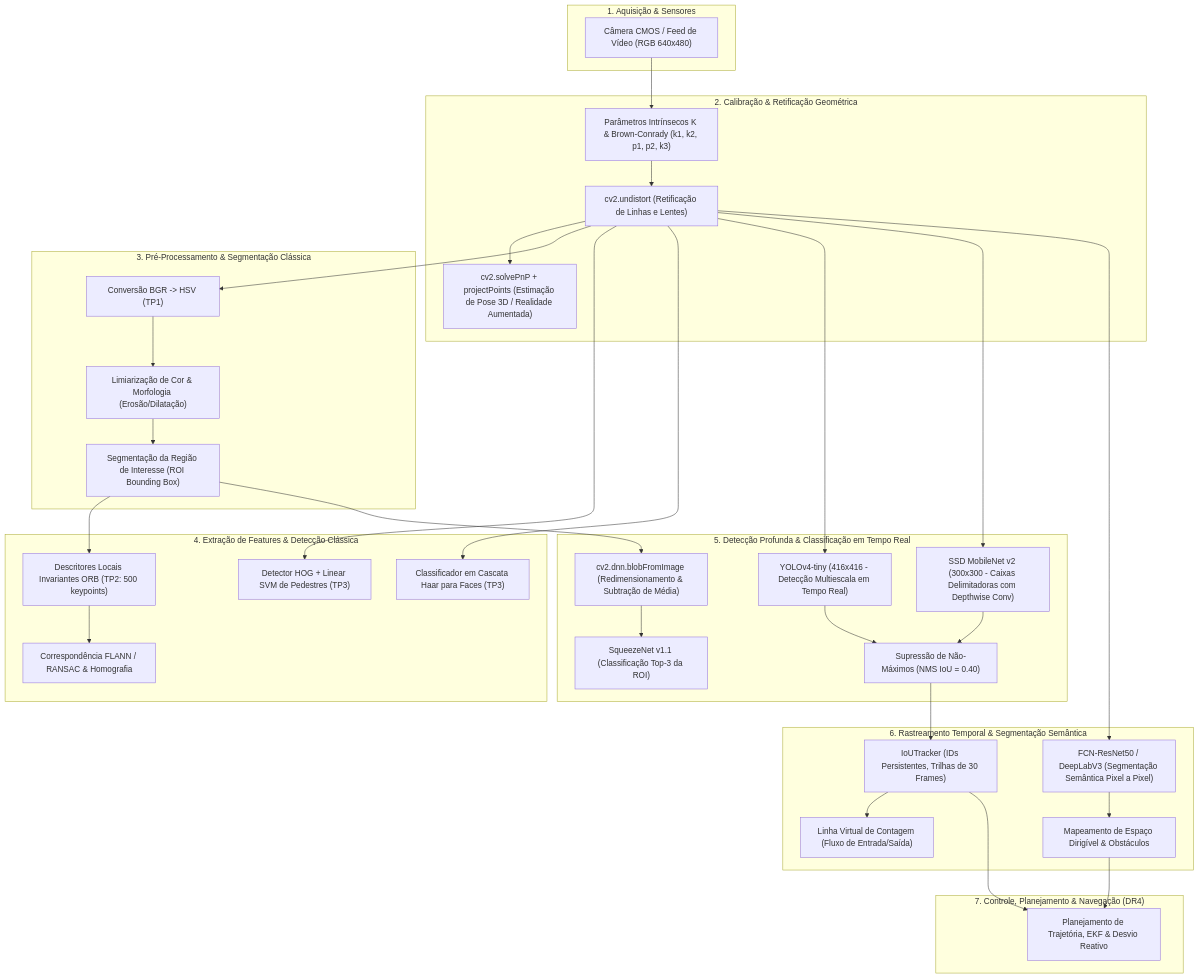
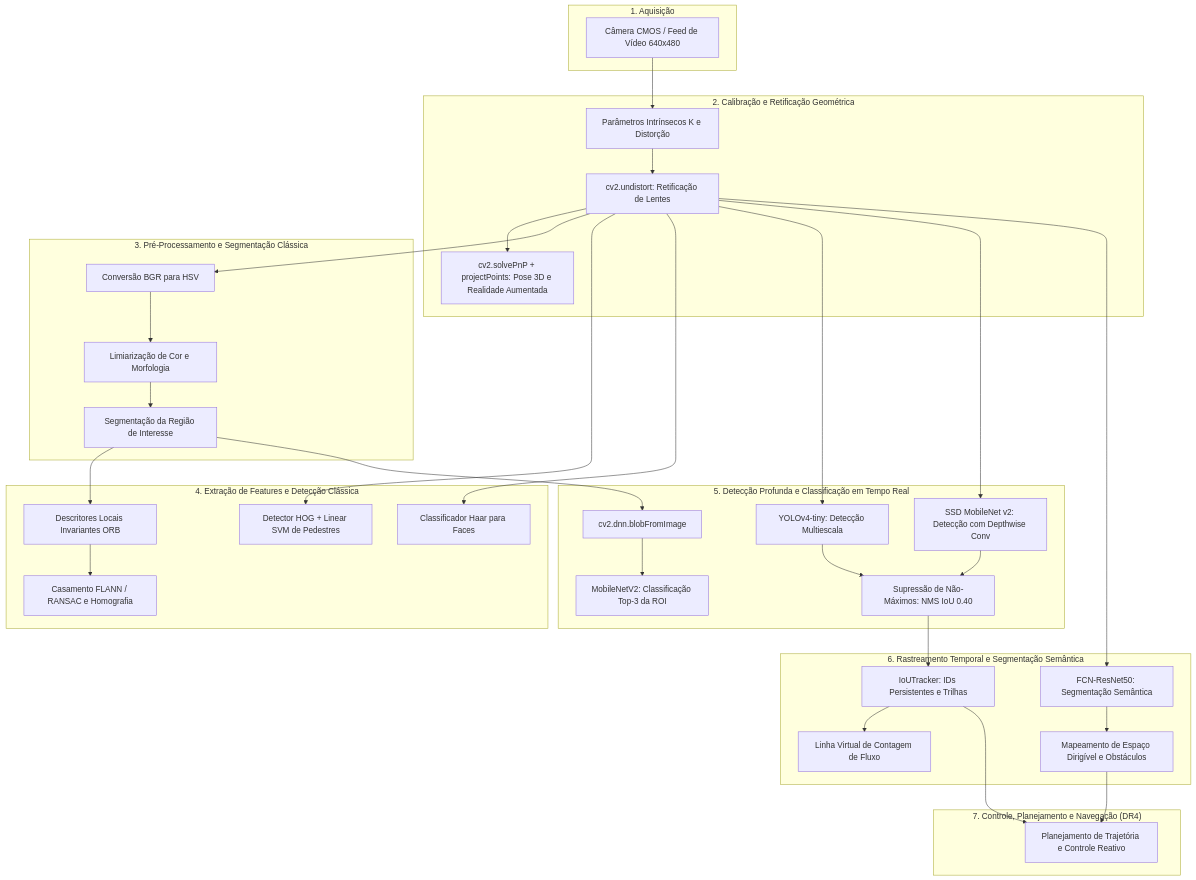
The first of 2 diagrams in at/relatorio_at.md (LcsGondra/VisaoComputacional), drawn with Mermaid before and after one commit. The commit also changed other lines of this file and 9 other files, not shown here.

````diff
--- a/at/relatorio_at.md
+++ b/at/relatorio_at.md
@@ -27,58 +26,58 @@
 ```mermaid
 graph TD
-    subgraph SENSOR["1. Aquisição & Sensores"]
-        CAM["Câmera CMOS / Feed de Vídeo (RGB 640x480)"]
+    subgraph SENSOR["1. Aquisição"]
+        CAM["Câmera CMOS / Feed de Vídeo 640x480"]
     end
 
-    subgraph CALIB["2. Calibração & Retificação Geométrica"]
-        K_DIST["Parâmetros Intrínsecos K & Brown-Conrady (k1, k2, p1, p2, k3)"]
-        UNDIST["cv2.undistort (Retificação de Linhas e Lentes)"]
-        POSE["cv2.solvePnP + projectPoints (Estimação de Pose 3D / Realidade Aumentada)"]
+    subgraph CALIB["2. Calibração e Retificação Geométrica"]
+        K_DIST["Parâmetros Intrínsecos K e Distorção"]
+        UNDIST["cv2.undistort: Retificação de Lentes"]
+        POSE["cv2.solvePnP + projectPoints: Pose 3D e Realidade Aumentada"]
     end
 
-    subgraph PREPROC["3. Pré-Processamento & Segmentação Clássica"]
-        HSV["Conversão BGR -> HSV (TP1)"]
-        MASK["Limiarização de Cor & Morfologia (Erosão/Dilatação)"]
-        ROI["Segmentação da Região de Interesse (ROI Bounding Box)"]
+    subgraph PREPROC["3. Pré-Processamento e Segmentação Clássica"]
+        HSV["Conversão BGR para HSV"]
+        MASK["Limiarização de Cor e Morfologia"]
+        ROI["Segmentação da Região de Interesse"]
     end
 
-    subgraph FEAT_CLASSIC["4. Extração de Features & Detecção Clássica"]
-        ORB["Descritores Locais Invariantes ORB (TP2: 500 keypoints)"]
-        HOMOG["Correspondência FLANN / RANSAC & Homografia"]
-        HOG["Detector HOG + Linear SVM de Pedestres (TP3)"]
-        HAAR["Classificador em Cascata Haar para Faces (TP3)"]
+    subgraph FEAT_CLASSIC["4. Extração de Features e Detecção Clássica"]
+        ORB["Descritores Locais Invariantes ORB"]
+        HOMOG["Casamento FLANN / RANSAC e Homografia"]
+        HOG["Detector HOG + Linear SVM de Pedestres"]
+        HAAR["Classificador Haar para Faces"]
     end
 
-    subgraph DEEP_LEARN["5. Detecção Profunda & Classificação em Tempo Real"]
-        DNN_BLOB["cv2.dnn.blobFromImage (Redimensionamento & Subtração de Média)"]
-        SQUEEZE["SqueezeNet v1.1 (Classificação Top-3 da ROI)"]
-        YOLO["YOLOv4-tiny (416x416 - Detecção Multiescala em Tempo Real)"]
-        SSD["SSD MobileNet v2 (300x300 - Caixas Delimitadoras com Depthwise Conv)"]
-        NMS["Supressão de Não-Máximos (NMS IoU = 0.40)"]
+    subgraph DEEP_LEARN["5. Detecção Profunda e Classificação em Tempo Real"]
+        DNN_BLOB["cv2.dnn.blobFromImage"]
+        MOBILENET["MobileNetV2: Classificação Top-3 da ROI"]
+        YOLO["YOLOv4-tiny: Detecção Multiescala"]
+        SSD["SSD MobileNet v2: Detecção com Depthwise Conv"]
+        NMS["Supressão de Não-Máximos: NMS IoU 0.40"]
     end
 
-    subgraph TRACK_SEG["6. Rastreamento Temporal & Segmentação Semântica"]
-        IOU_TRACK["IoUTracker (IDs Persistentes, Trilhas de 30 Frames)"]
-        LINE_COUNT["Linha Virtual de Contagem (Fluxo de Entrada/Saída)"]
-        FCN_SEG["FCN-ResNet50 / DeepLabV3 (Segmentação Semântica Pixel a Pixel)"]
-        FREE_SPACE["Mapeamento de Espaço Dirigível & Obstáculos"]
+    subgraph TRACK_SEG["6. Rastreamento Temporal e Segmentação Semântica"]
+        IOU_TRACK["IoUTracker: IDs Persistentes e Trilhas"]
+        LINE_COUNT["Linha Virtual de Contagem de Fluxo"]
+        FCN_SEG["FCN-ResNet50: Segmentação Semântica"]
+        FREE_SPACE["Mapeamento de Espaço Dirigível e Obstáculos"]
     end
 
-    subgraph DECISION["7. Controle, Planejamento & Navegação (DR4)"]
-        AV_CONTROL["Planejamento de Trajetória, EKF & Desvio Reativo"]
+    subgraph DECISION["7. Controle, Planejamento e Navegação (DR4)"]
+        AV_CONTROL["Planejamento de Trajetória e Controle Reativo"]
     end
 
     CAM --> K_DIST --> UNDIST
     UNDIST --> POSE
     UNDIST --> HSV --> MASK --> ROI
     ROI --> ORB --> HOMOG
     UNDIST --> HOG
     UNDIST --> HAAR
-    ROI --> DNN_BLOB --> SQUEEZE
+    ROI --> DNN_BLOB --> MOBILENET
     UNDIST --> YOLO --> NMS
     UNDIST --> SSD --> NMS
     NMS --> IOU_TRACK --> LINE_COUNT
     UNDIST --> FCN_SEG --> FREE_SPACE
     IOU_TRACK --> AV_CONTROL
     FREE_SPACE --> AV_CONTROL
 ```
````
